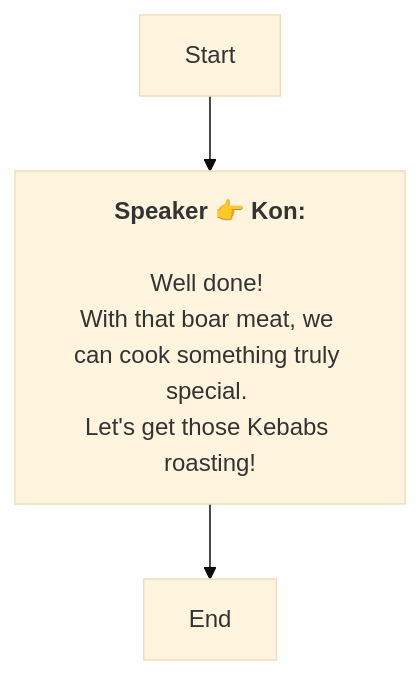
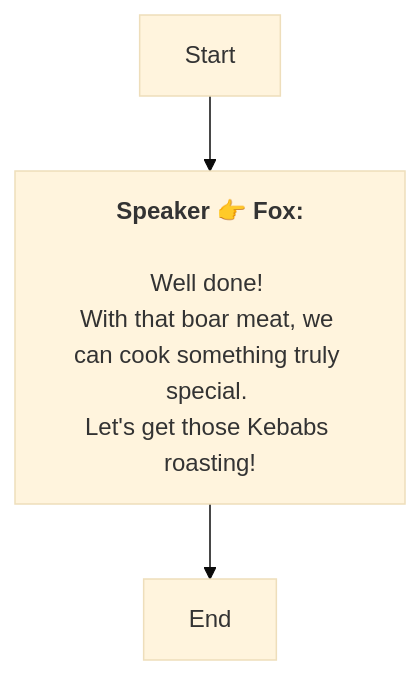
One commit to SoftHu/tos_avg changed the diagram in En/QuestStartTalkENode_1768893356509241.md. Above: the diagram before and after it, drawn with Mermaid (base theme). The commit also changed 737 other files, not shown here.

````diff
--- a/En/QuestStartTalkENode_1768893356509241.md
+++ b/En/QuestStartTalkENode_1768893356509241.md
@@ -1,10 +1,8 @@
 ```mermaid
 graph
-Start -->1768893382846524[<b>Speaker 👉 Kon:</b>
-
-Well done! 
-With that boar meat, we can cook something truly special. 
-Let's get those Kebabs roasting!]
+Start -->1768893382846524[<b>Speaker 👉 Fox:</b>
+\nWell done! 
+With that boar meat, we can cook something truly special. \nLet's get those Kebabs roasting!]
 1768893382846524 -->1768893407701053[End]
 
- ```
+```
````
